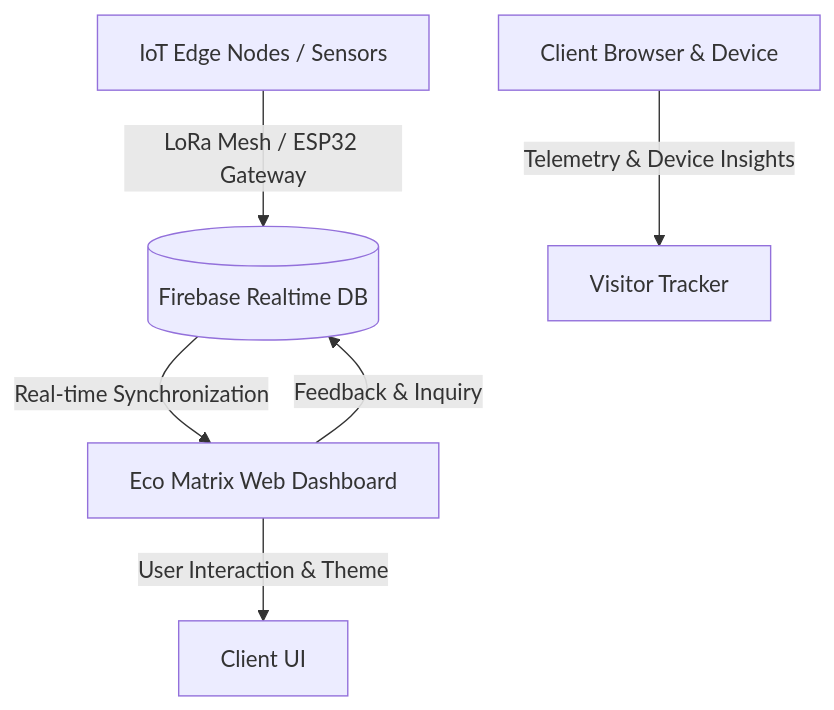
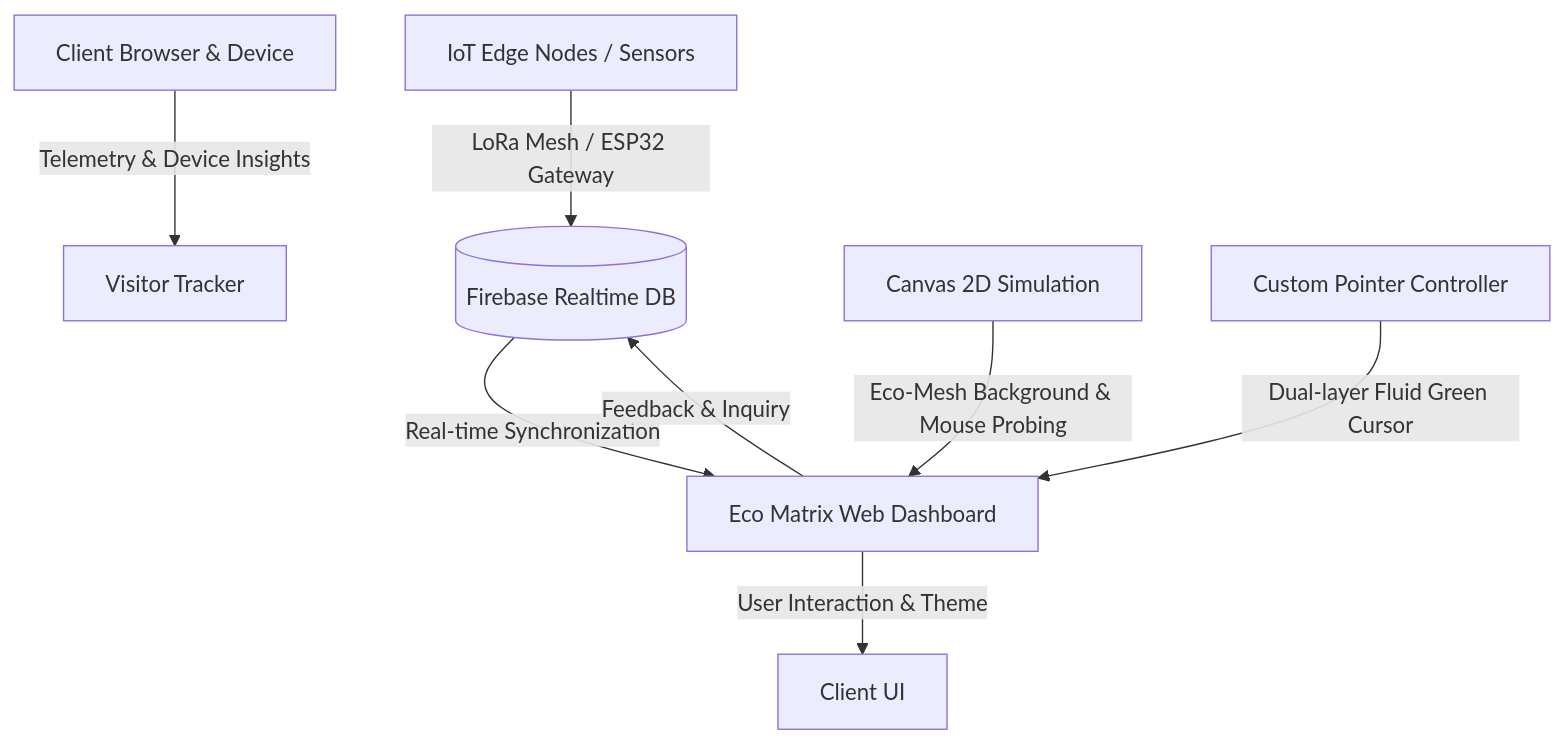
Before and after one commit to Pavan-M-S/Eco-Matrix: the diagram in README.md, drawn with Mermaid. The commit also changed other lines of this file and 1 other file, not shown here.

Commit message:
docs: update documentation with specifications for custom cursor and eco-mesh background

````diff
--- a/README.md
+++ b/README.md
@@ -50,8 +55,10 @@
 ```mermaid
 graph TD
     A[IoT Edge Nodes / Sensors] -->|LoRa Mesh / ESP32 Gateway| B[(Firebase Realtime DB)]
     B -->|Real-time Synchronization| C[Eco Matrix Web Dashboard]
     C -->|User Interaction & Theme| D[Client UI]
     C -->|Feedback & Inquiry| B
     E[Client Browser & Device] -->|Telemetry & Device Insights| F[Visitor Tracker]
+    G[Canvas 2D Simulation] -->|Eco-Mesh Background & Mouse Probing| C
+    H[Custom Pointer Controller] -->|Dual-layer Fluid Green Cursor| C
 ```
````
